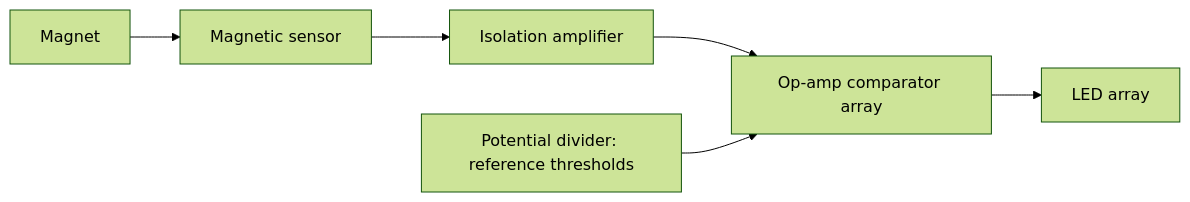
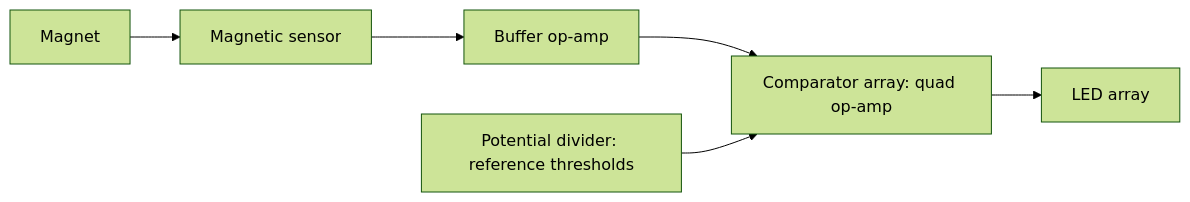
Before and after one commit to jaspertse11/engineering-portfolio: the diagram in magnetometer/README.md, drawn with Mermaid (forest theme). The commit also changed other lines of this file and 7 other files, not shown here.

Commit message:
Truss: final design as default, 1.35 kN target; magnetometer: labelled board, remove isolation-amp claim

````diff
--- a/magnetometer/README.md
+++ b/magnetometer/README.md
@@ -17,8 +21,8 @@
 ```mermaid
 flowchart LR
     A[Magnet] --> B[Magnetic sensor]
-    B --> C[Isolation amplifier]
-    C --> D[Op-amp comparator array]
+    B --> C[Buffer op-amp]
+    C --> D[Comparator array: quad op-amp]
     E[Potential divider: reference thresholds] --> D
     D --> F[LED array]
 ```
````
